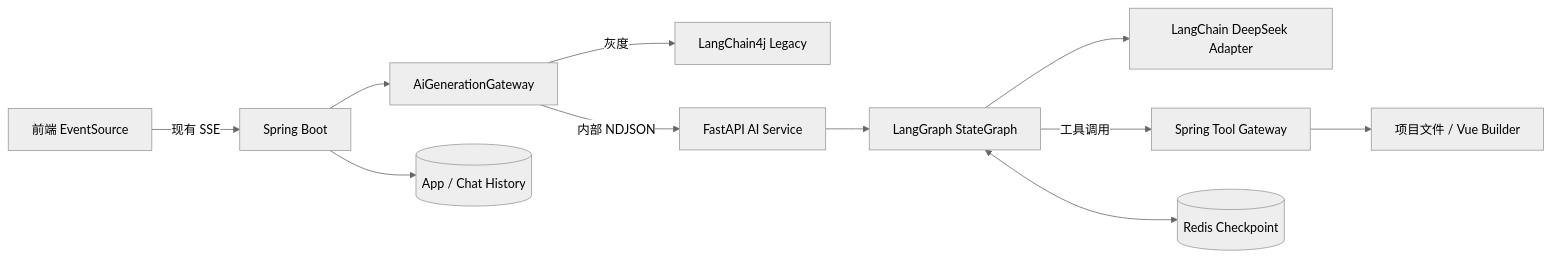
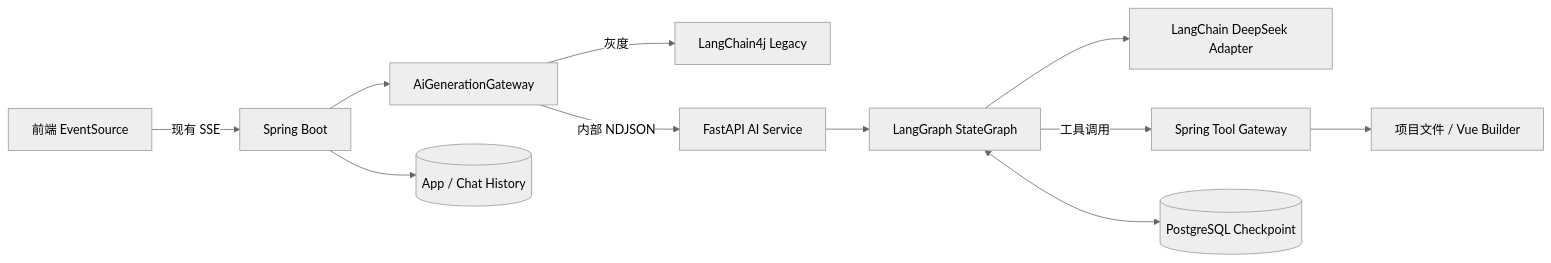
The diagram in doc/ai-service-langchain-langgraph-refactor-design.md (Salvation0410/VibeForge-backend), drawn with Mermaid (neutral theme) before and after one commit. The commit also changed other lines of this file and 10 other files, not shown here.

Commit message:
chore: 完善 PostgreSQL checkpoint 交接与验收

````diff
--- a/doc/ai-service-langchain-langgraph-refactor-design.md
+++ b/doc/ai-service-langchain-langgraph-refactor-design.md
@@ -9,13 +9,13 @@
 ```mermaid
 flowchart LR
     FE[前端 EventSource] -->|现有 SSE| SB[Spring Boot]
     SB --> GW[AiGenerationGateway]
     GW -->|灰度| OLD[LangChain4j Legacy]
     GW -->|内部 NDJSON| PY[FastAPI AI Service]
     PY --> LG[LangGraph StateGraph]
     LG --> LC[LangChain DeepSeek Adapter]
     LG -->|工具调用| TG[Spring Tool Gateway]
     TG --> FS[项目文件 / Vue Builder]
-    LG <--> REDIS[(Redis Checkpoint)]
+    LG <--> PG[(PostgreSQL Checkpoint)]
     SB --> MYSQL[(App / Chat History)]
 ```
````
